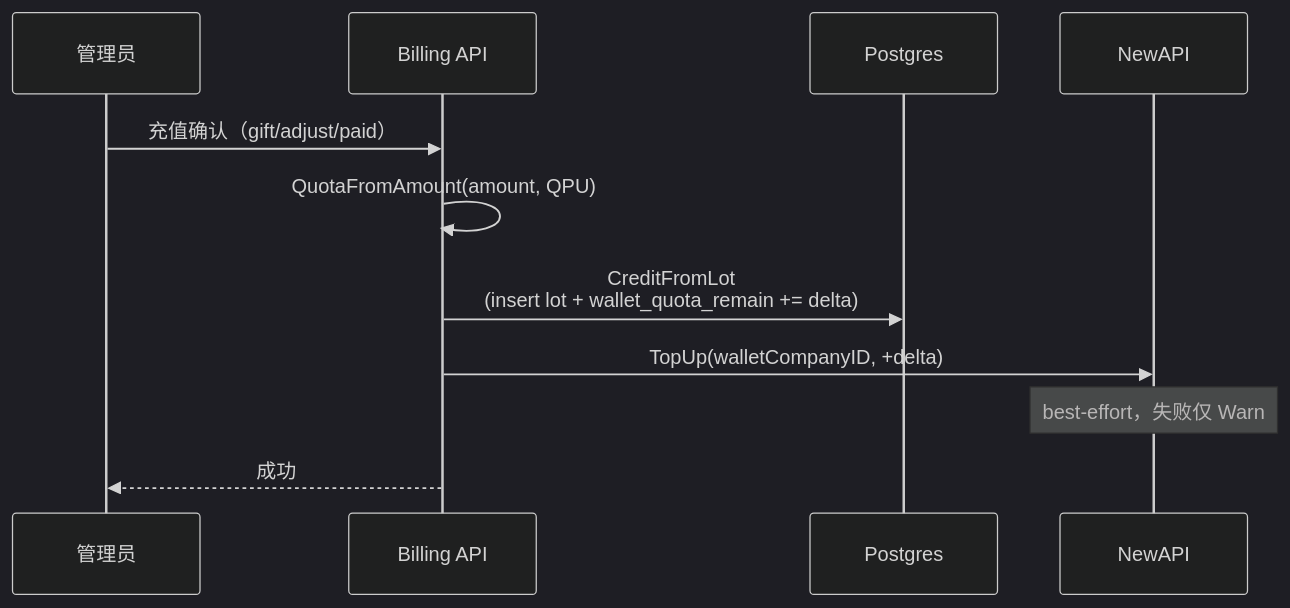
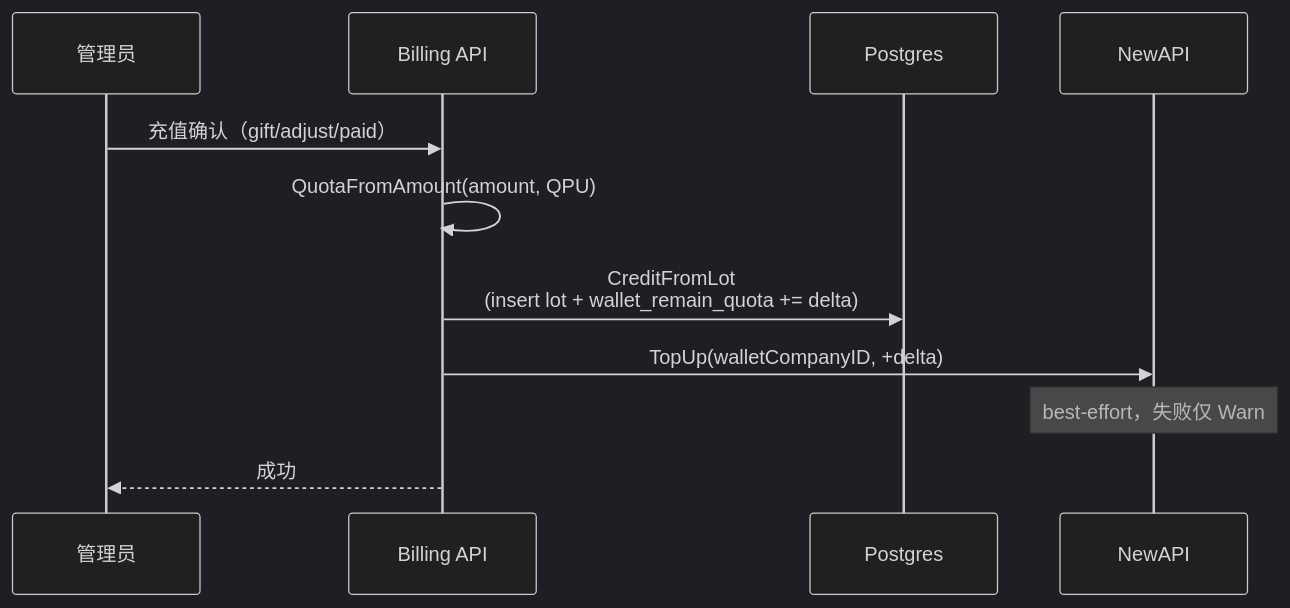
The second of 10 diagrams in docs/reviews/budget-quota-billing-architecture.md (quyip8818/mytokenjoy), drawn with Mermaid (dark theme) before and after one commit. The commit also changed other lines of this file and 49 other files, not shown here.

Commit message:
rename wallet_remain

````diff
--- a/docs/reviews/budget-quota-billing-architecture.md
+++ b/docs/reviews/budget-quota-billing-architecture.md
@@ -152,14 +152,14 @@
 ```mermaid
 sequenceDiagram
   participant Admin as 管理员
   participant API as Billing API
   participant PG as Postgres
   participant NA as NewAPI
 
   Admin->>API: 充值确认（gift/adjust/paid）
   API->>API: QuotaFromAmount(amount, QPU)
-  API->>PG: CreditFromLot<br/>(insert lot + wallet_quota_remain += delta)
+  API->>PG: CreditFromLot<br/>(insert lot + wallet_remain_quota += delta)
   API->>NA: TopUp(walletCompanyID, +delta)
   Note over NA: best-effort，失败仅 Warn
   API-->>Admin: 成功
 ```
````
